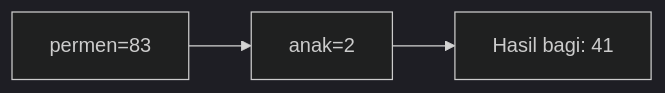
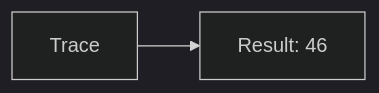
The sixth of 25 diagrams in part-c-pemahaman-cpp/01-tipe-data/latihan/set-05.md (amnahwaida/OSNK_INF_PREP), drawn with Mermaid (dark theme) before and after one commit. The commit also changed other lines of this file and 71 other files, not shown here.

````diff
--- a/part-c-pemahaman-cpp/01-tipe-data/latihan/set-05.md
+++ b/part-c-pemahaman-cpp/01-tipe-data/latihan/set-05.md
@@ -166,5 +127,4 @@
 ```mermaid
 graph LR
-A["permen=83"] --> B["anak=2"]
-B --> C["Hasil bagi: 41"]
+A[Trace] --> B[Result: 46]
 ```
````
